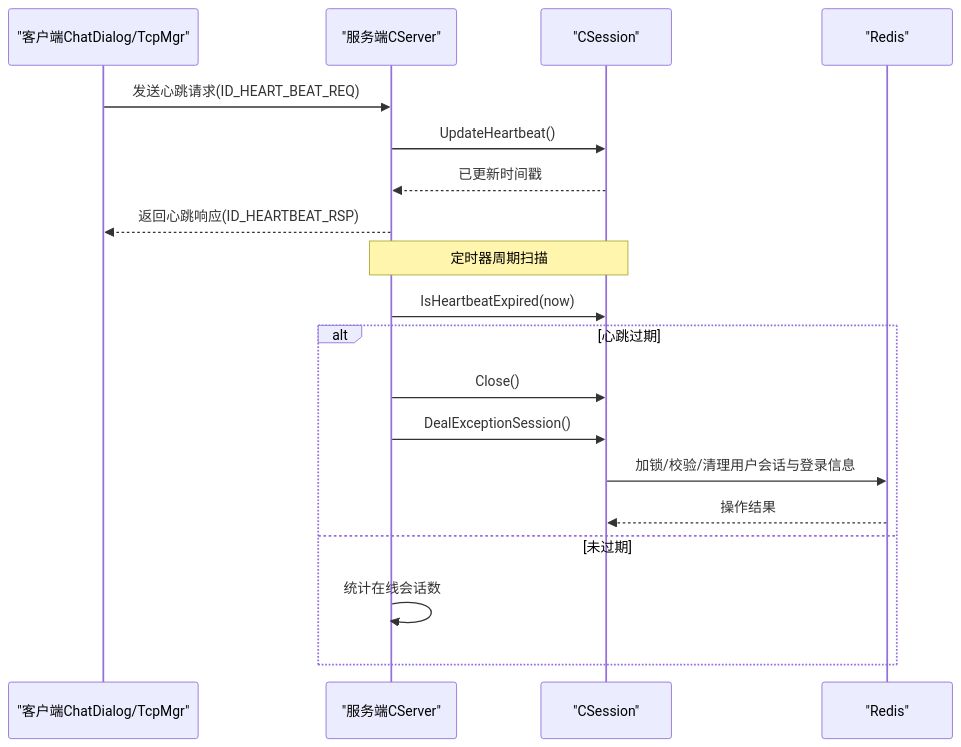
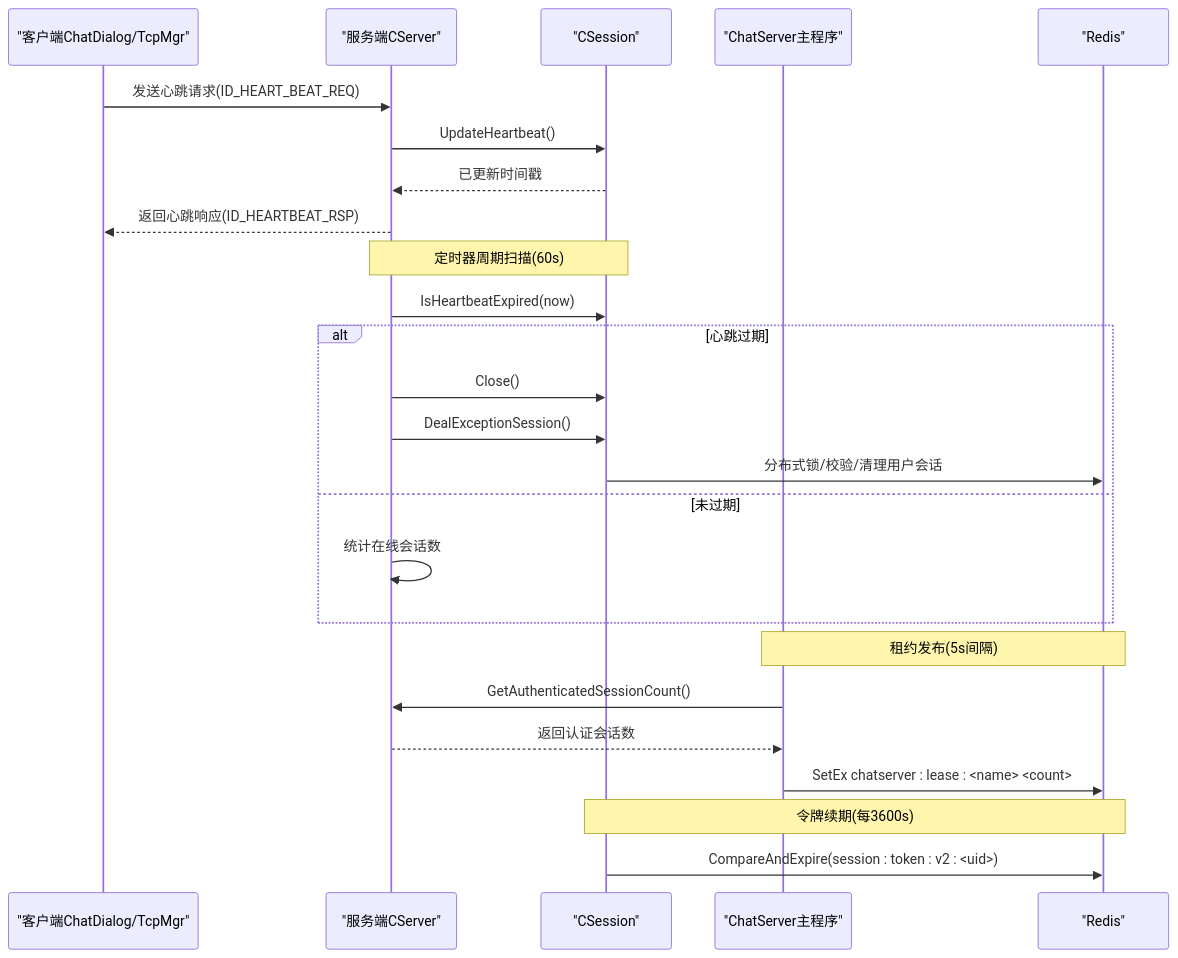
Before and after one commit to echo9923/mychatter: the second of 9 diagrams in .qoder/repowiki/zh/content/服务端开发/ChatServer聊天核心服务/会话管理/心跳检测机制.md, drawn with Mermaid. The commit also changed other lines of this file and 107 other files, not shown here.

````diff
--- a/.qoder/repowiki/zh/content/服务端开发/ChatServer聊天核心服务/会话管理/心跳检测机制.md
+++ b/.qoder/repowiki/zh/content/服务端开发/ChatServer聊天核心服务/会话管理/心跳检测机制.md
@@ -88,21 +107,27 @@
 ```mermaid
 sequenceDiagram
 participant Client as "客户端ChatDialog/TcpMgr"
 participant Server as "服务端CServer"
 participant Session as "CSession"
+participant Main as "ChatServer主程序"
 participant Redis as "Redis"
 Client->>Server : 发送心跳请求(ID_HEART_BEAT_REQ)
 Server->>Session : UpdateHeartbeat()
 Session-->>Server : 已更新时间戳
 Server-->>Client : 返回心跳响应(ID_HEARTBEAT_RSP)
-Note over Server,Session : 定时器周期扫描
+Note over Server,Session : 定时器周期扫描(60s)
 Server->>Session : IsHeartbeatExpired(now)
 alt 心跳过期
 Server->>Session : Close()
 Server->>Session : DealExceptionSession()
-Session->>Redis : 加锁/校验/清理用户会话与登录信息
-Redis-->>Session : 操作结果
+Session->>Redis : 分布式锁/校验/清理用户会话
 else 未过期
 Server->>Server : 统计在线会话数
 end
+Note over Main,Redis : 租约发布(5s间隔)
+Main->>Server : GetAuthenticatedSessionCount()
+Server-->>Main : 返回认证会话数
+Main->>Redis : SetEx chatserver : lease : <name> <count>
+Note over Session,Redis : 令牌续期(每3600s)
+Session->>Redis : CompareAndExpire(session : token : v2 : <uid>)
 ```
````
